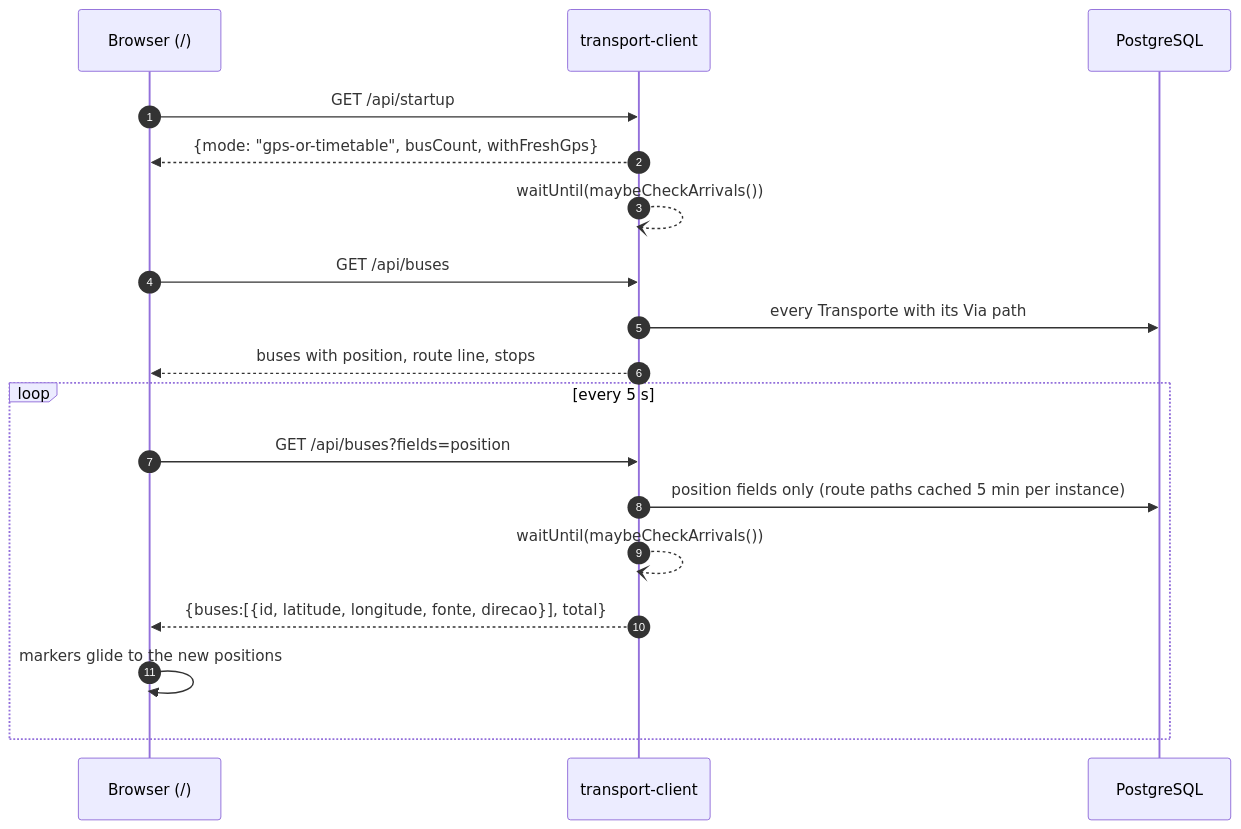
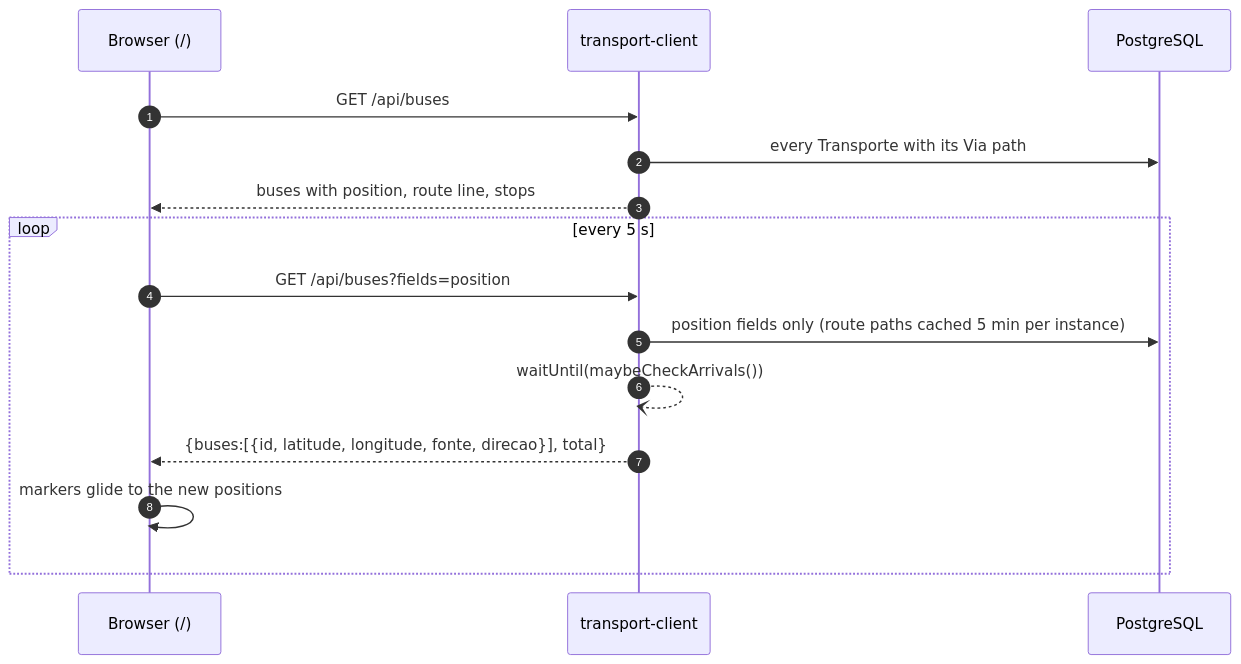
The second of 8 diagrams in docs/data-flow.md (transportmozambique/Transport-Mozambique), drawn with Mermaid before and after one commit. The commit also changed other lines of this file and 18 other files, not shown here.

````diff
--- a/docs/data-flow.md
+++ b/docs/data-flow.md
@@ -43,20 +58,17 @@
 ```mermaid
 sequenceDiagram
   autonumber
   participant B as Browser (/)
   participant C as transport-client
   participant DB as PostgreSQL
-  B->>C: GET /api/startup
-  C-->>B: {mode: "gps-or-timetable", busCount, withFreshGps}
-  C--)C: waitUntil(maybeCheckArrivals())
   B->>C: GET /api/buses
   C->>DB: every Transporte with its Via path
   C-->>B: buses with position, route line, stops
   loop every 5 s
     B->>C: GET /api/buses?fields=position
     C->>DB: position fields only (route paths cached 5 min per instance)
     C--)C: waitUntil(maybeCheckArrivals())
     C-->>B: {buses:[{id, latitude, longitude, fonte, direcao}], total}
     B->>B: markers glide to the new positions
   end
 ```
````
